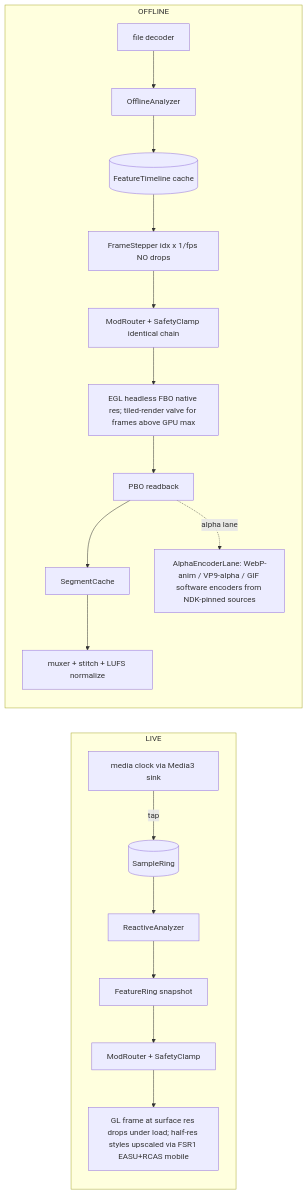
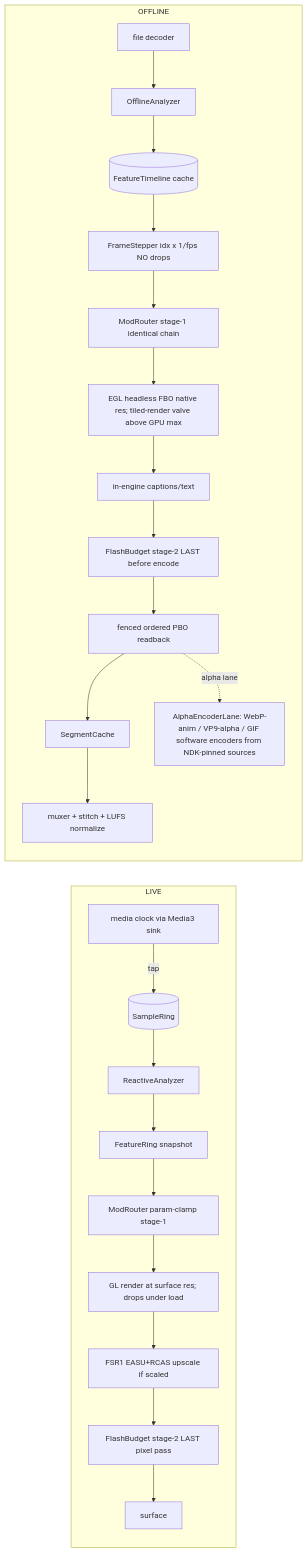
One commit to tessie1993/music-visualizer-2 changed the seventh of 7 diagrams in docs/ARCHITECTURE_BLUEPRINT.md. Above: the diagram before and after it, drawn with Mermaid.

Commit message:
docs(synesthesia): flowchart reordered per re-review (stage-2 FlashBudget after RCAS/captions in both chains) — AAA re-verification PASS

````diff
--- a/docs/ARCHITECTURE_BLUEPRINT.md
+++ b/docs/ARCHITECTURE_BLUEPRINT.md
@@ -173,12 +173,13 @@
 ```mermaid
 flowchart LR
   subgraph LIVE
-    A[media clock via Media3 sink] -->|tap| R[(SampleRing)] --> RA[ReactiveAnalyzer] --> FR[FeatureRing snapshot] --> MW[ModRouter + SafetyClamp] --> GL["GL frame at surface res drops under load; half-res styles upscaled via FSR1 EASU+RCAS mobile"]
+    A[media clock via Media3 sink] -->|tap| R[(SampleRing)] --> RA[ReactiveAnalyzer] --> FR[FeatureRing snapshot] --> MW[ModRouter param-clamp stage-1] --> GLR[GL render at surface res; drops under load] --> FSR[FSR1 EASU+RCAS upscale if scaled] --> FB[FlashBudget stage-2 LAST pixel pass] --> S[surface]
   end
   subgraph OFFLINE
     F[file decoder] --> OA[OfflineAnalyzer] --> FT[(FeatureTimeline cache)]
-    FT --> FS[FrameStepper idx x 1/fps NO drops] --> MWO[ModRouter + SafetyClamp identical chain] --> EGL["EGL headless FBO native res; tiled-render valve for frames above GPU max"] --> PBO[PBO readback]
+    FT --> FS[FrameStepper idx x 1/fps NO drops] --> MWO[ModRouter stage-1 identical chain] --> EGL[EGL headless FBO native res; tiled-render valve above GPU max] --> CAP[in-engine captions/text] --> FB2[FlashBudget stage-2 LAST before encode]
+    FB2 --> PBO[fenced ordered PBO readback]
     PBO --> SEG[SegmentCache] --> MX[muxer + stitch + LUFS normalize]
     PBO -. alpha lane .-> AL["AlphaEncoderLane: WebP-anim / VP9-alpha / GIF software encoders from NDK-pinned sources"]
   end
 ```
````
